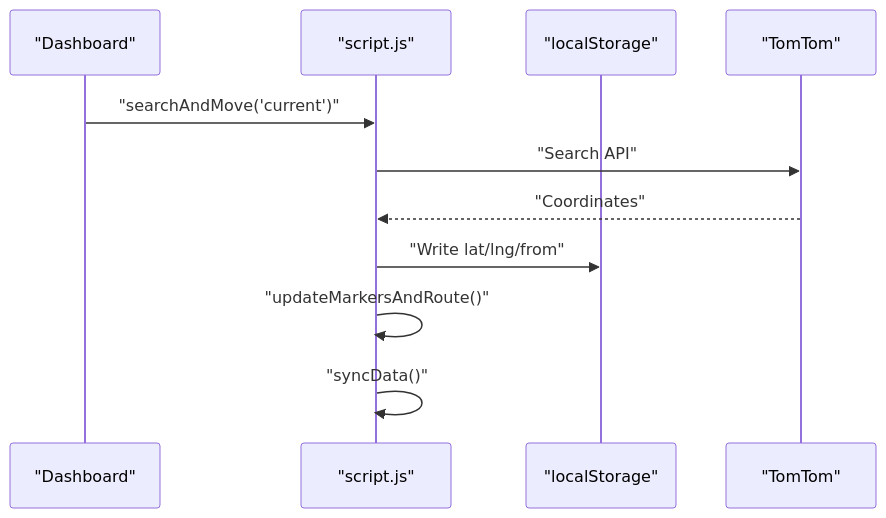
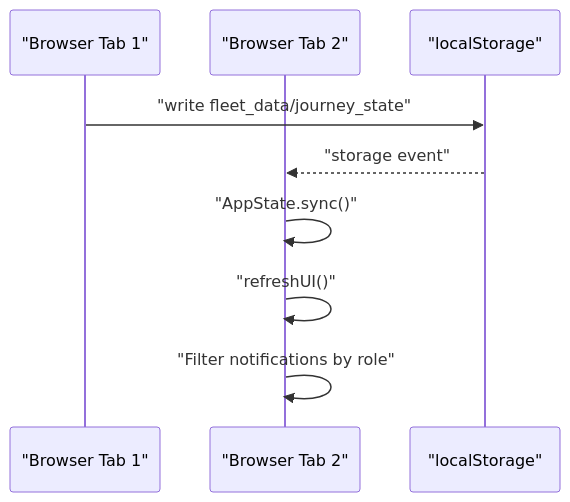
Before and after one commit to Rehanpatel3858/BusTrack-Pro: the fourth of 5 diagrams in .qoder/repowiki/en/content/Data Management and Persistence.md, drawn with Mermaid. The commit also changed other lines of this file and 7 other files, not shown here.

````diff
--- a/.qoder/repowiki/en/content/Data Management and Persistence.md
+++ b/.qoder/repowiki/en/content/Data Management and Persistence.md
@@ -199,13 +144,11 @@
 ```mermaid
 sequenceDiagram
-participant UI as "Dashboard"
-participant JS as "script.js"
+participant Tab1 as "Browser Tab 1"
+participant Tab2 as "Browser Tab 2"
 participant LS as "localStorage"
-participant Map as "TomTom"
-UI->>JS : "searchAndMove('current')"
-JS->>Map : "Search API"
-Map-->>JS : "Coordinates"
-JS->>LS : "Write lat/lng/from"
-JS->>JS : "updateMarkersAndRoute()"
-JS->>JS : "syncData()"
+Tab1->>LS : "write fleet_data/journey_state"
+LS-->>Tab2 : "storage event"
+Tab2->>Tab2 : "AppState.sync()"
+Tab2->>Tab2 : "refreshUI()"
+Tab2->>Tab2 : "Filter notifications by role"
 ```
````
